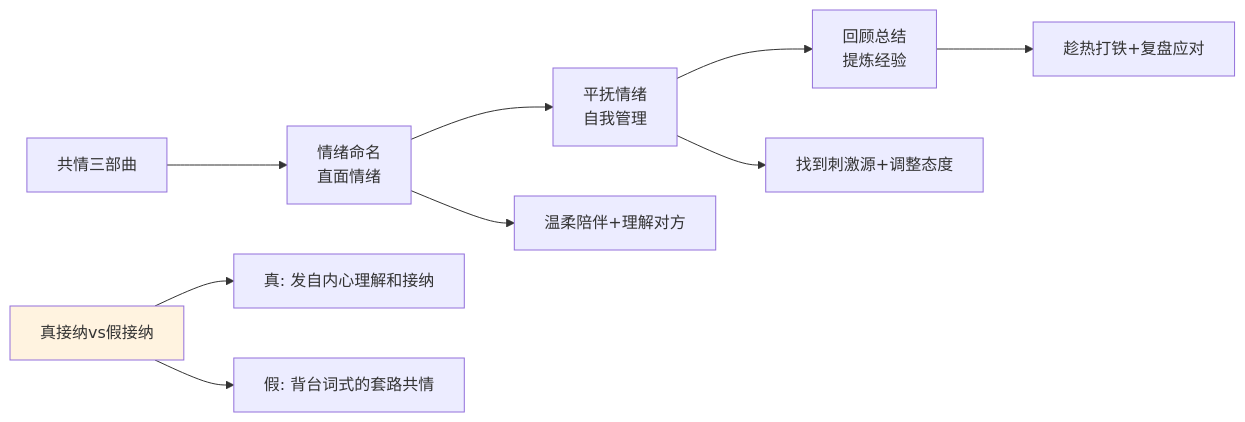
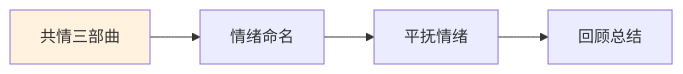
One commit to chongyang211/YCBookBlog changed the seventh of 10 diagrams in 10.打工充平常记录/10.自我精进七课/07.底层思维的训练/7.7情商能力的学习.md. Above: the diagram before and after it, drawn with Mermaid. The commit also changed other lines of this file and 55 other files, not shown here.

````diff
--- a/10.打工充平常记录/10.自我精进七课/07.底层思维的训练/7.7情商能力的学习.md
+++ b/10.打工充平常记录/10.自我精进七课/07.底层思维的训练/7.7情商能力的学习.md
@@ -294,12 +260,7 @@
 ```mermaid
 graph LR
-    A[共情三部曲] --> B[情绪命名<br>直面情绪]
-    B --> C[平抚情绪<br>自我管理]
-    C --> D[回顾总结<br>提炼经验]
-    B --> B1[温柔陪伴+理解对方]
-    C --> C1[找到刺激源+调整态度]
-    D --> D1[趁热打铁+复盘应对]
-    E[真接纳vs假接纳] --> E1[真: 发自内心理解和接纳]
-    E --> E2[假: 背台词式的套路共情]
-    style E fill:#fff3e0
+    A[共情三部曲] --> B[情绪命名]
+    B --> C[平抚情绪]
+    C --> D[回顾总结]
+    style A fill:#fff3e0
 ```
````
